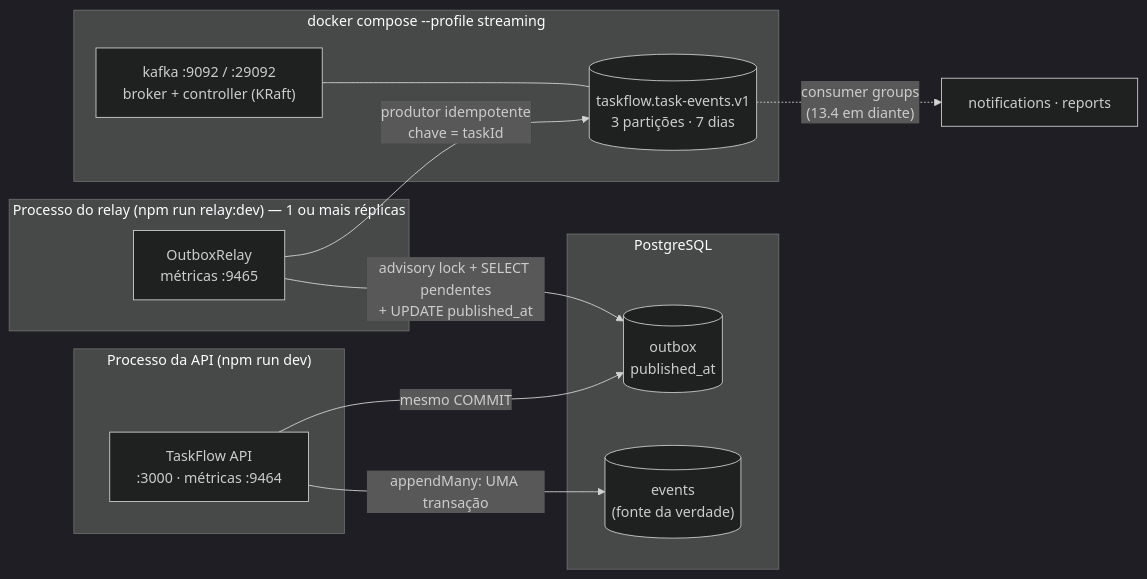
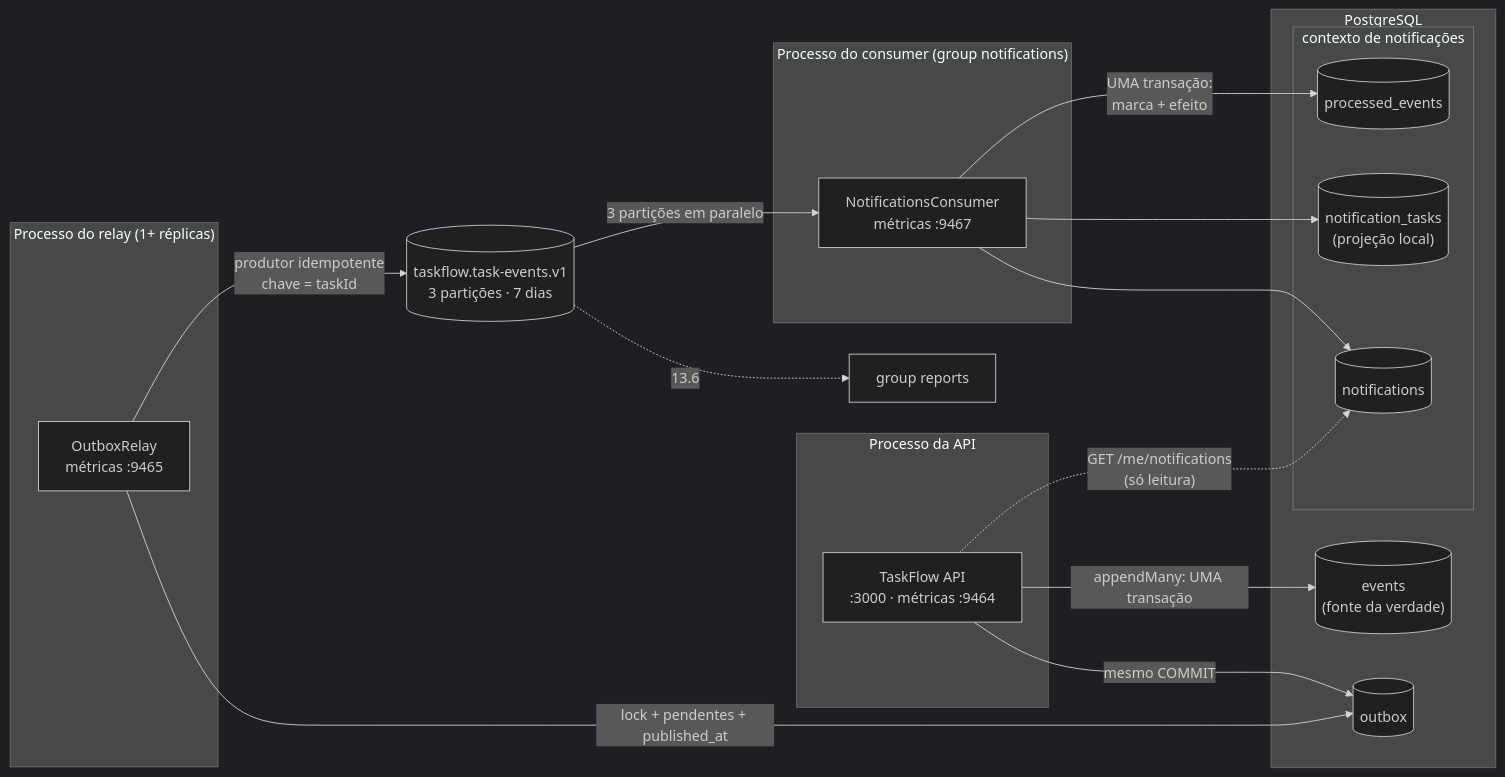
The diagram in docs/modules/13-mensageria-kafka.md (cassiocidrini/TaskFlow), drawn with Mermaid (dark theme) before and after one commit. The commit also changed other lines of this file and 37 other files, not shown here.

First line of the commit message:
feat(kafka): consumer group notifications idempotente e GET /me/notifications (#22)

````diff
--- a/docs/modules/13-mensageria-kafka.md
+++ b/docs/modules/13-mensageria-kafka.md
@@ -49,23 +52,31 @@
 ```mermaid
 flowchart LR
-    subgraph api["Processo da API (npm run dev)"]
+    subgraph api["Processo da API"]
         API["TaskFlow API<br/>:3000 · métricas :9464"]
     end
     subgraph pg["PostgreSQL"]
         EV[("events<br/>(fonte da verdade)")]
-        OB[("outbox<br/>published_at")]
+        OB[("outbox")]
+        subgraph nctx["contexto de notificações"]
+            PE[("processed_events")]
+            NT[("notification_tasks<br/>(projeção local)")]
+            NO[("notifications")]
+        end
     end
-    subgraph relay["Processo do relay (npm run relay:dev) — 1 ou mais réplicas"]
+    subgraph relay["Processo do relay (1+ réplicas)"]
         R["OutboxRelay<br/>métricas :9465"]
+    end
+    subgraph cons["Processo do consumer (group notifications)"]
+        C["NotificationsConsumer<br/>métricas :9467"]
     end
     API -->|"appendMany: UMA transação"| EV
     API -->|"mesmo COMMIT"| OB
-    R -->|"advisory lock + SELECT pendentes<br/>+ UPDATE published_at"| OB
-    R -->|"produtor idempotente<br/>chave = taskId"| T1
-    subgraph docker["docker compose --profile streaming"]
-        K["kafka :9092 / :29092<br/>broker + controller (KRaft)"]
-        T1[("taskflow.task-events.v1<br/>3 partições · 7 dias")]
-    end
-    K --- T1
-    T1 -.->|"consumer groups<br/>(13.4 em diante)"| C["notifications · reports"]
+    R -->|"lock + pendentes + published_at"| OB
+    R -->|"produtor idempotente<br/>chave = taskId"| T1[("taskflow.task-events.v1<br/>3 partições · 7 dias")]
+    T1 -->|"3 partições em paralelo"| C
+    C -->|"UMA transação:<br/>marca + efeito"| PE
+    C --> NT
+    C --> NO
+    API -.->|"GET /me/notifications<br/>(só leitura)"| NO
+    T1 -.->|"13.6"| REP["group reports"]
 ```
````
